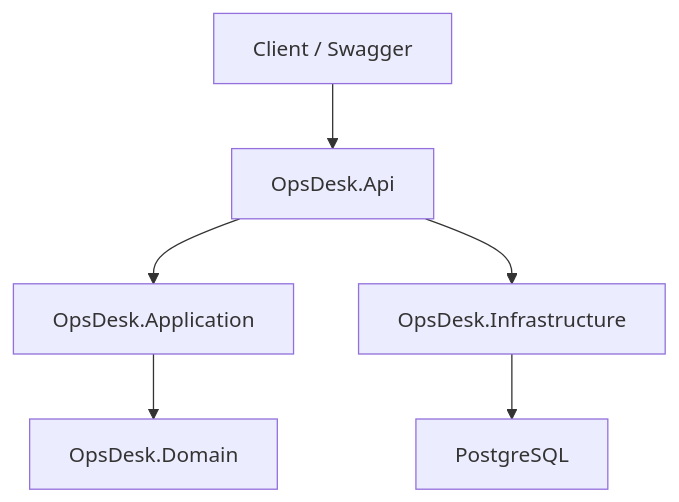
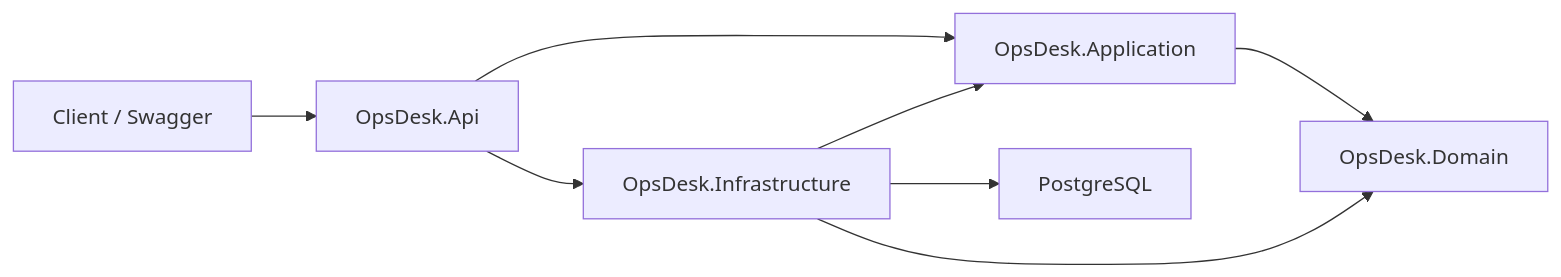
One commit to hmzckd/opsdesk-api changed the diagram in README.md. Above: the diagram before and after it, drawn with Mermaid. The commit also changed other lines of this file, not shown here.

Commit message:
docs: clarify project dependency diagram

````diff
--- a/README.md
+++ b/README.md
@@ -37,8 +37,10 @@
 ```mermaid
-flowchart TD
+flowchart LR
     Client["Client / Swagger"] --> Api["OpsDesk.Api"]
     Api --> Application["OpsDesk.Application"]
+    Api --> Infrastructure["OpsDesk.Infrastructure"]
+    Infrastructure --> Application
     Application --> Domain["OpsDesk.Domain"]
-    Api --> Infrastructure["OpsDesk.Infrastructure"]
+    Infrastructure --> Domain
     Infrastructure --> Database["PostgreSQL"]
 ```
````
